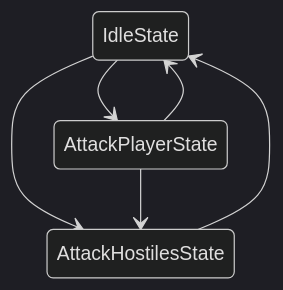
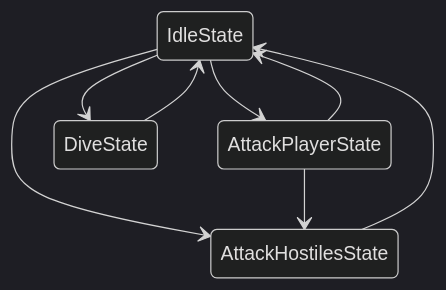
Before and after one commit to AkagawaTsurunaki/KonekoMinecraftBot: the diagram in README.md, drawn with Mermaid (dark theme). The commit also changed 2 other files, not shown here.

Commit message:
feat: 实现了潜水功能

````diff
--- a/README.md
+++ b/README.md
@@ -5,8 +5,10 @@
 ```mermaid
 stateDiagram
     IdleState --> AttackHostilesState
     IdleState --> AttackPlayerState
+    IdleState --> DiveState
     AttackHostilesState --> IdleState
     AttackPlayerState --> IdleState
     AttackPlayerState --> AttackHostilesState
+    DiveState --> IdleState
 ```
````
